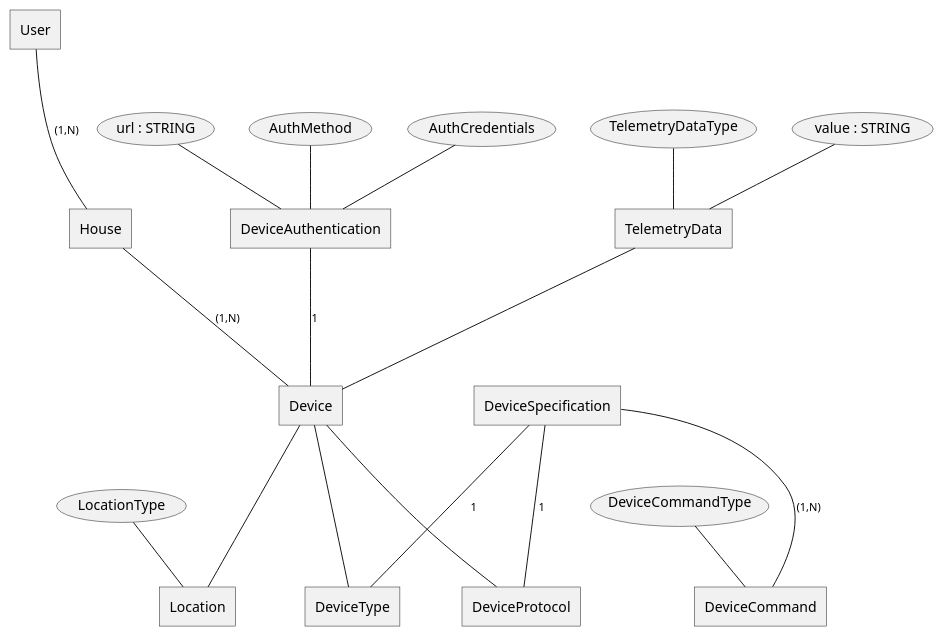
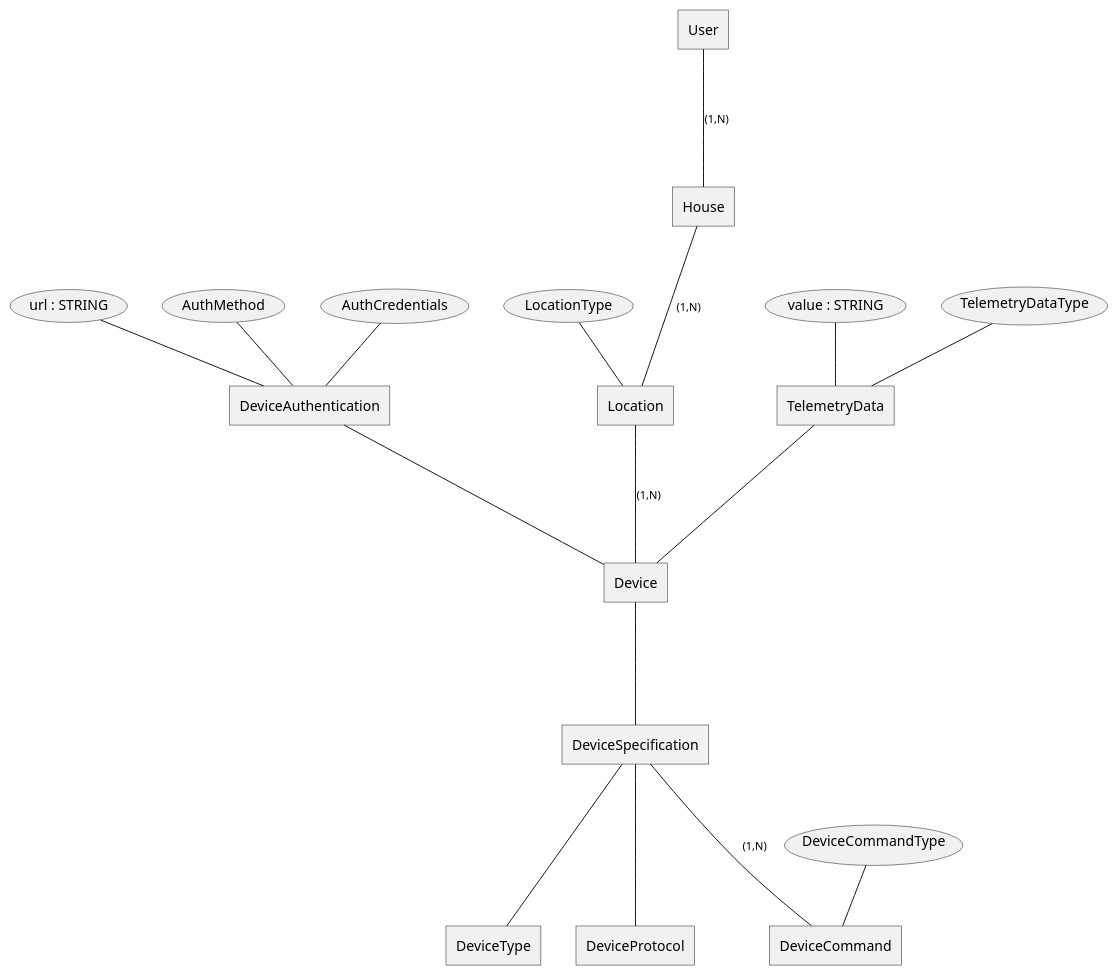
The diagram in docs/C4/To Be ER Diagram.puml (bezdelnique/ydnx-arch-sprint1), drawn with PlantUML before and after one commit.

Commit message:
To Be C4 diagrams

```diff
--- a/docs/C4/To Be ER Diagram.puml
+++ b/docs/C4/To Be ER Diagram.puml
@@ -1,58 +1,57 @@
 @startchen
 
 entity User {
 }
 
 entity House {
 }
 
 entity Location {
     LocationType
 }
 
 entity Device {
 }
 
 entity DeviceAuthentication {
     url : STRING
     AuthMethod
     AuthCredentials
 }
 
 entity DeviceType {
 
 }
 
 entity DeviceProtocol {
 }
 
 entity DeviceCommand {
     DeviceCommandType
 }
 
 entity DeviceSpecification {
 
 }
 
 
 entity TelemetryData {
     TelemetryDataType
     value : STRING
 }
 
 User -(1,N)- House
-House -(1,N)- Device
 
-Device -- DeviceType
-Device -- DeviceProtocol
-Device -- Location
+House -(1,N)- Location
+Device -- DeviceSpecification
+Location -(1,N)- Device
 
 DeviceSpecification -(1,N)- DeviceCommand
-DeviceSpecification -1- DeviceProtocol
-DeviceSpecification -1- DeviceType
+DeviceSpecification -- DeviceProtocol
+DeviceSpecification -- DeviceType
 
-DeviceAuthentication -1- Device
+DeviceAuthentication -- Device
 TelemetryData -- Device
 
 
 @endchen
```
